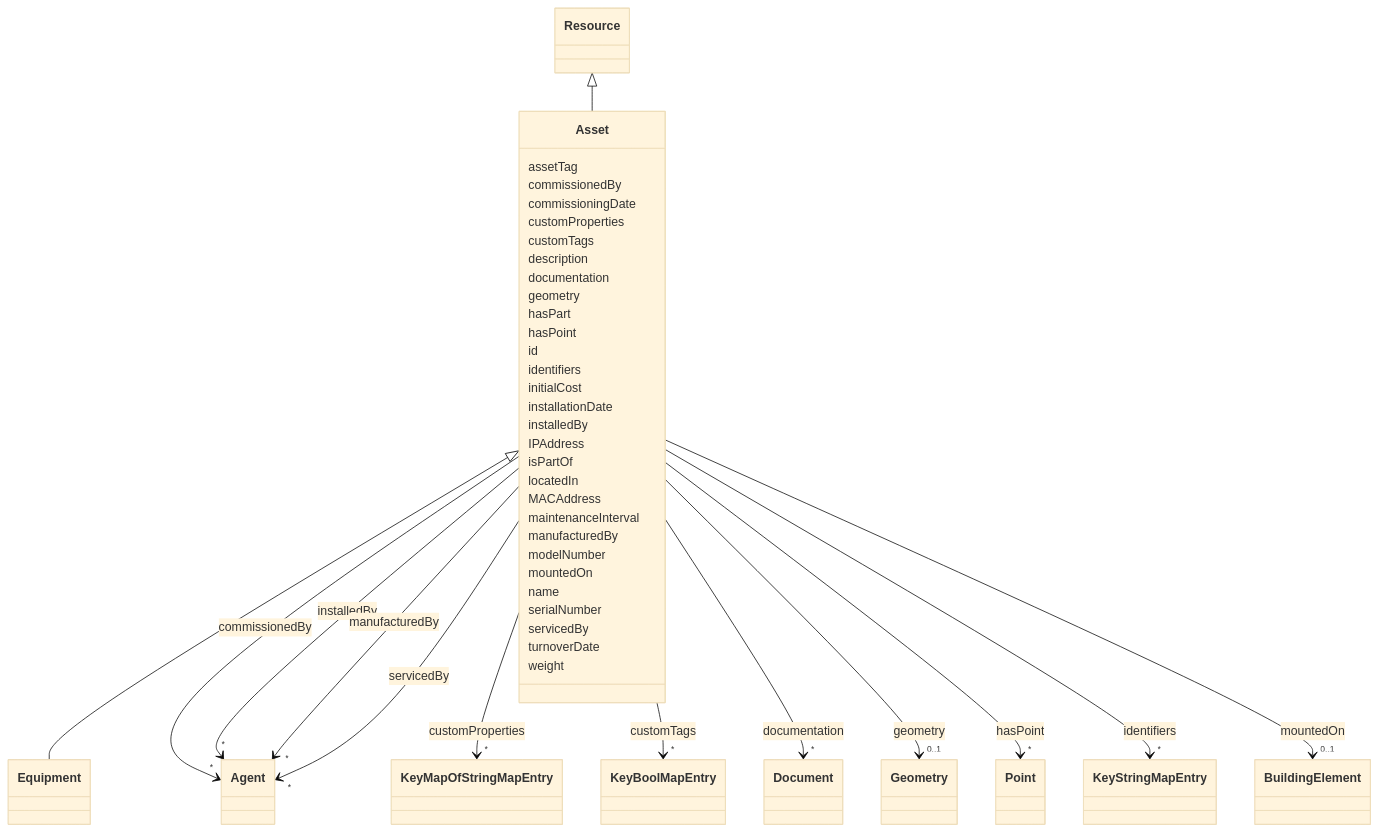
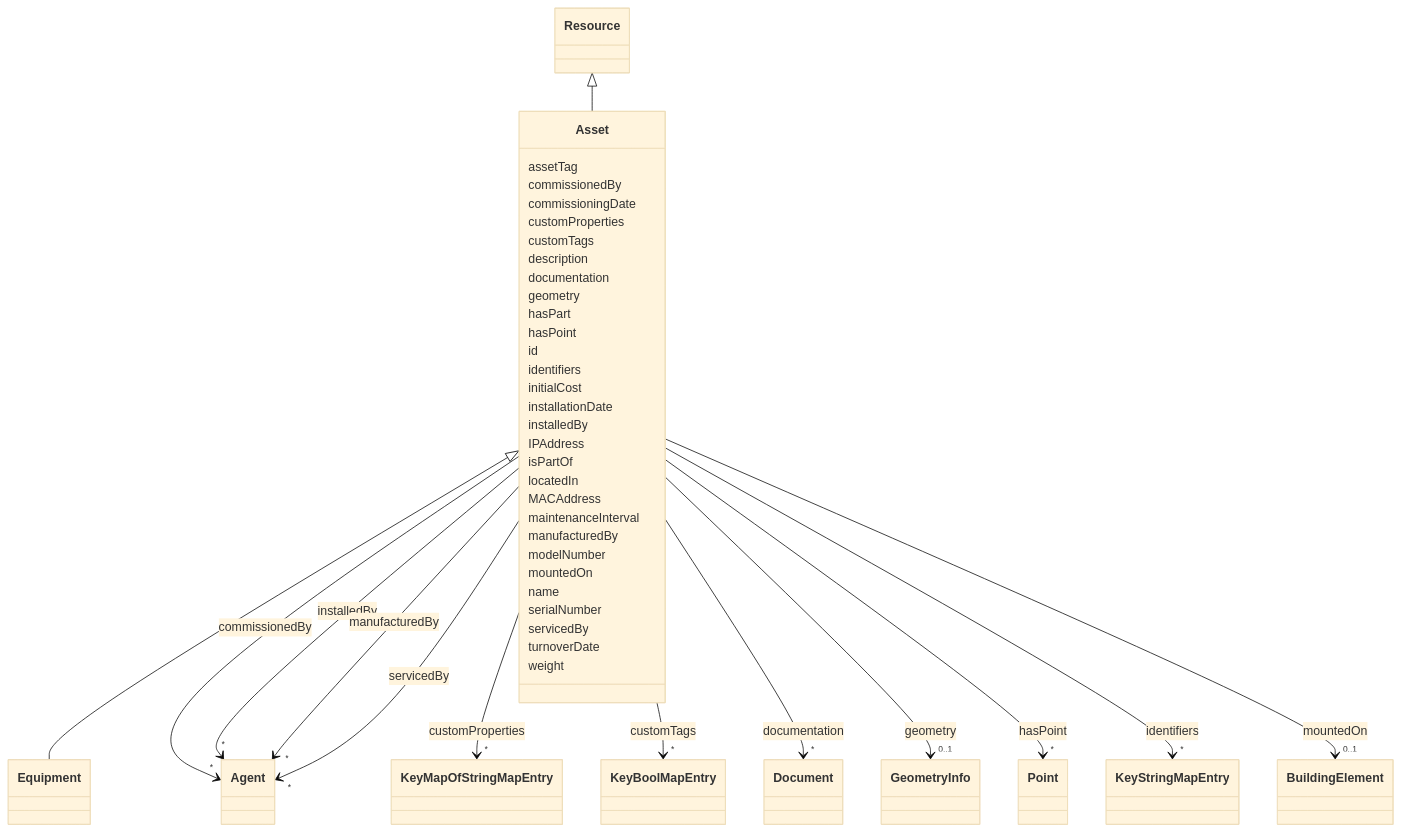
The diagram in docs/Asset.md (smartbuilding-co-creation-organization/smartbuilding_datamodels), drawn with Mermaid (base theme) before and after one commit. The commit also changed other lines of this file and 84 other files, not shown here.

```diff
--- a/docs/Asset.md
+++ b/docs/Asset.md
@@ -85,8 +85,8 @@
     
         
         
-        Asset --> "0..1" Geometry : geometry
-        click Geometry href "../Geometry/"
+        Asset --> "0..1" GeometryInfo : geometry
+        click GeometryInfo href "../GeometryInfo/"
     
 
         
```
